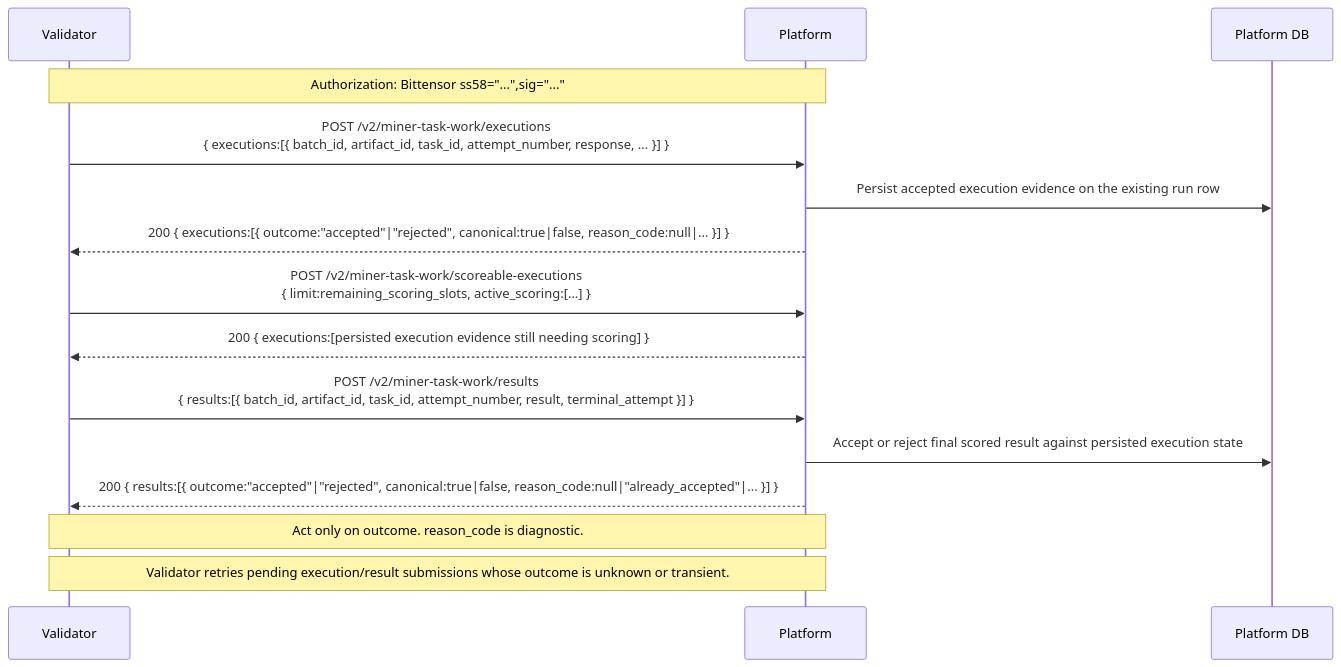
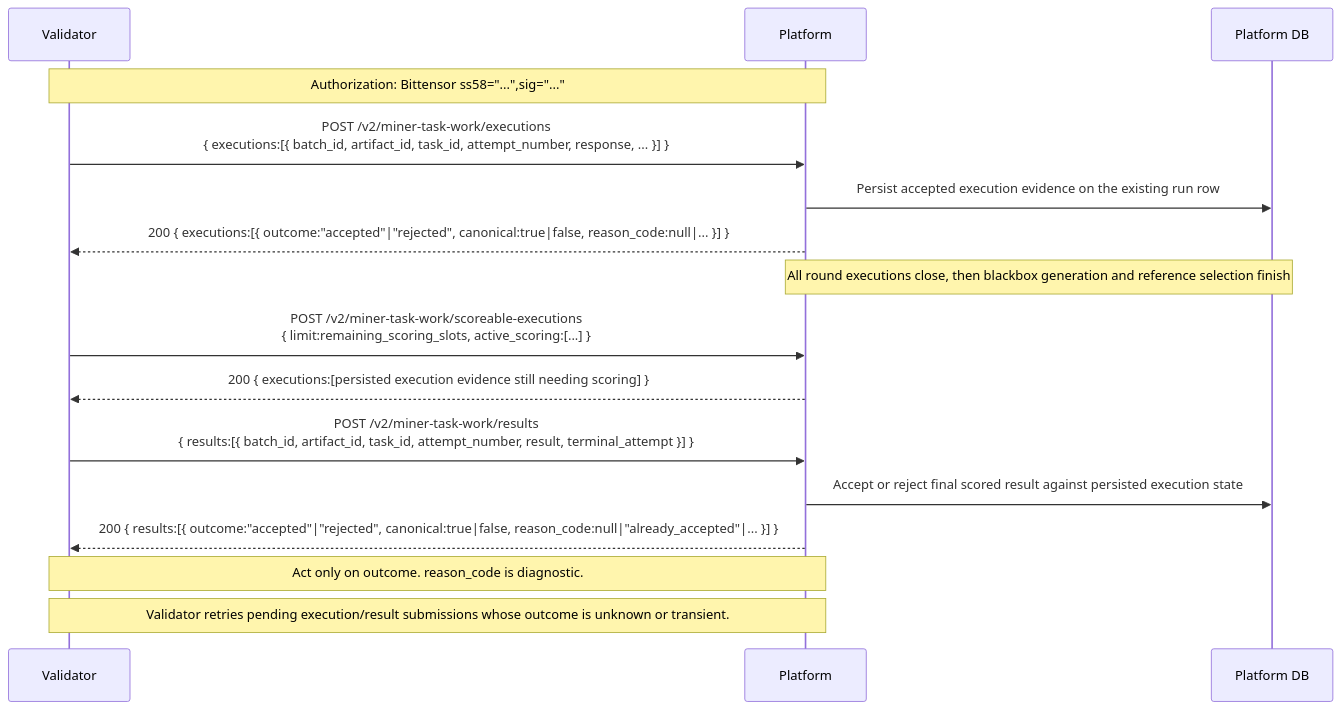
The sixth of 8 diagrams in docs/api/flows.md (harnyx/harnyx), drawn with Mermaid before and after one commit. The commit also changed other lines of this file and 13 other files, not shown here.

````diff
--- a/docs/api/flows.md
+++ b/docs/api/flows.md
@@ -172,20 +176,21 @@
 ```mermaid
 sequenceDiagram
   participant V as Validator
   participant P as Platform
   participant DB as Platform DB
 
   Note over P,V: Authorization: Bittensor ss58="...",sig="..."
   V->>P: POST /v2/miner-task-work/executions<br/>{ executions:[{ batch_id, artifact_id, task_id, attempt_number, response, ... }] }
   P->>DB: Persist accepted execution evidence on the existing run row
   P-->>V: 200 { executions:[{ outcome:"accepted"|"rejected", canonical:true|false, reason_code:null|... }] }
 
+  Note over P,DB: All round executions close, then blackbox generation and reference selection finish
   V->>P: POST /v2/miner-task-work/scoreable-executions<br/>{ limit:remaining_scoring_slots, active_scoring:[...] }
   P-->>V: 200 { executions:[persisted execution evidence still needing scoring] }
 
   V->>P: POST /v2/miner-task-work/results<br/>{ results:[{ batch_id, artifact_id, task_id, attempt_number, result, terminal_attempt }] }
   P->>DB: Accept or reject final scored result against persisted execution state
   P-->>V: 200 { results:[{ outcome:"accepted"|"rejected", canonical:true|false, reason_code:null|"already_accepted"|... }] }
   Note over V,P: Act only on outcome. reason_code is diagnostic.
   Note over V,P: Validator retries pending execution/result submissions whose outcome is unknown or transient.
 ```
````
